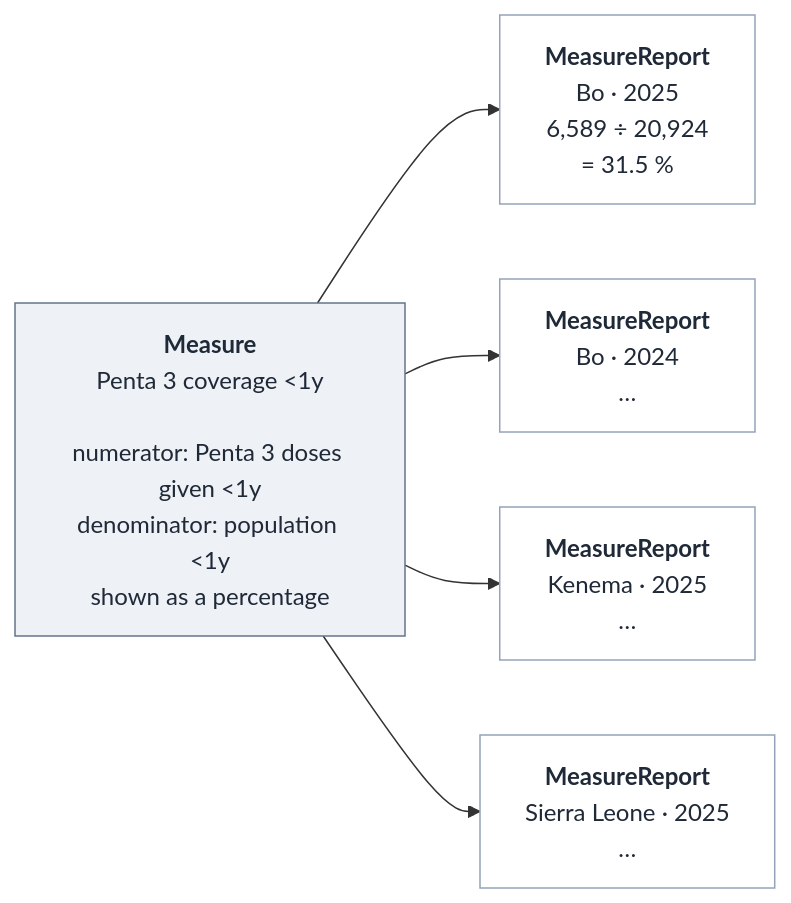
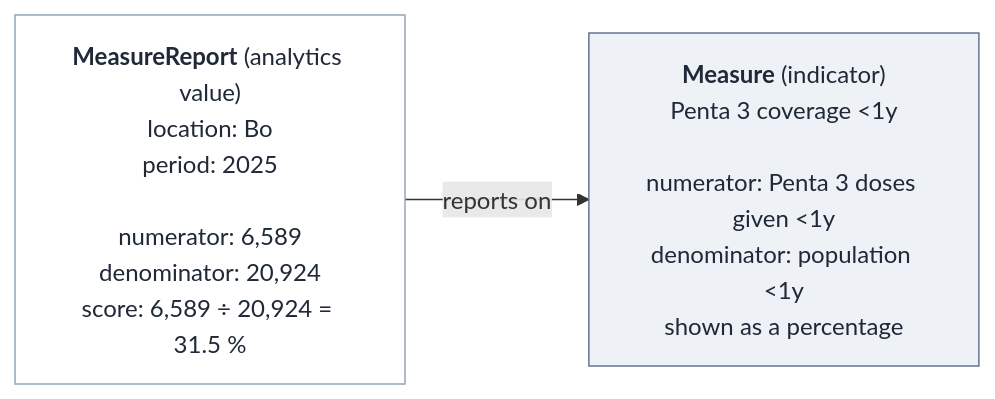
Before and after one commit to recodelabs/icr: the third of 6 diagrams in campaignhq/sl-redux/src/about.md, drawn with Mermaid. The commit also changed other lines of this file and 1 other file, not shown here.

First line of the commit message:
About page: Measures and MeasureReports in four worked examples (count, rate, breakdown, many reports), with DHIS2 terms alongside the FHIR ones

````diff
--- a/campaignhq/sl-redux/src/about.md
+++ b/campaignhq/sl-redux/src/about.md
@@ -70,12 +94,10 @@
 ```mermaid
 flowchart LR
-  M["<b>Measure</b><br/>Penta 3 coverage &lt;1y<br/><br/>numerator: Penta 3 doses given &lt;1y<br/>denominator: population &lt;1y<br/>shown as a percentage"]
-  M --> R1["<b>MeasureReport</b><br/>Bo · 2025<br/>6,589 ÷ 20,924<br/>= 31.5 %"]
-  M --> R2["<b>MeasureReport</b><br/>Bo · 2024<br/>…"]
-  M --> R3["<b>MeasureReport</b><br/>Kenema · 2025<br/>…"]
-  M --> R4["<b>MeasureReport</b><br/>Sierra Leone · 2025<br/>…"]
+  M["<b>Measure</b> (indicator)<br/>Penta 3 coverage &lt;1y<br/><br/>numerator: Penta 3 doses given &lt;1y<br/>denominator: population &lt;1y<br/>shown as a percentage"]
+  R["<b>MeasureReport</b> (analytics value)<br/>location: Bo<br/>period: 2025<br/><br/>numerator: 6,589<br/>denominator: 20,924<br/>score: 6,589 ÷ 20,924 = 31.5 %"]
+  R -->|reports on| M
   classDef def fill:#eef2f7,stroke:#64748b,color:#1f2937
   classDef res fill:#ffffff,stroke:#94a3b8,color:#1f2937
   class M def
-  class R1,R2,R3,R4 res
+  class R res
 ```
````
